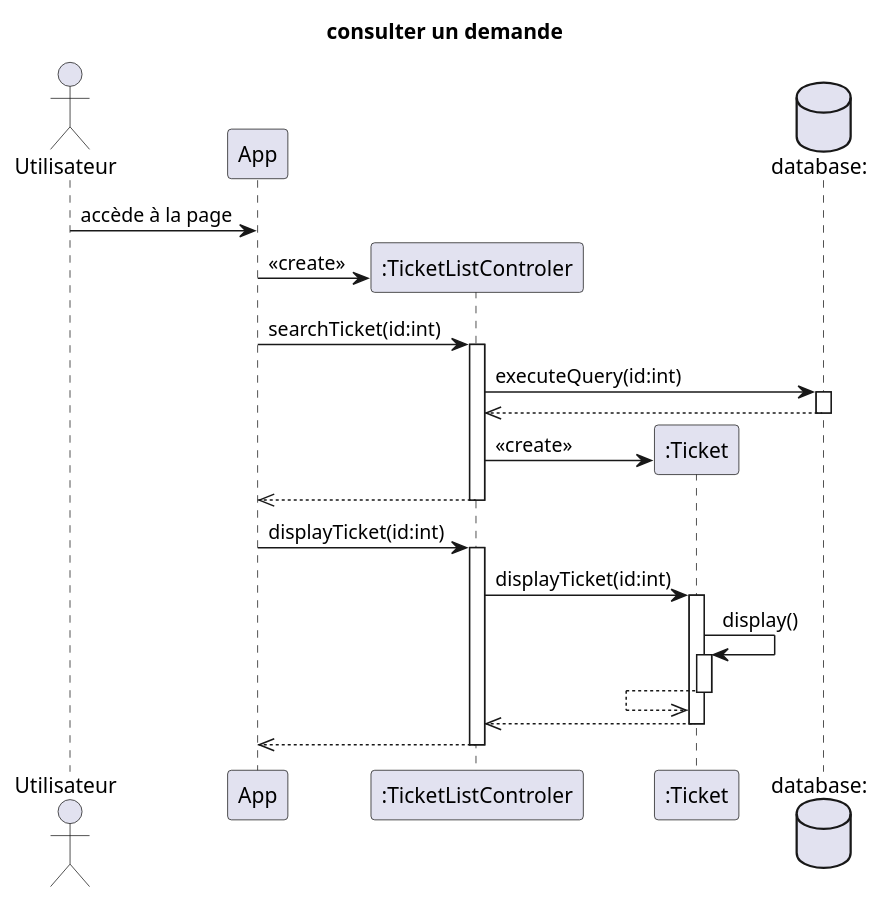
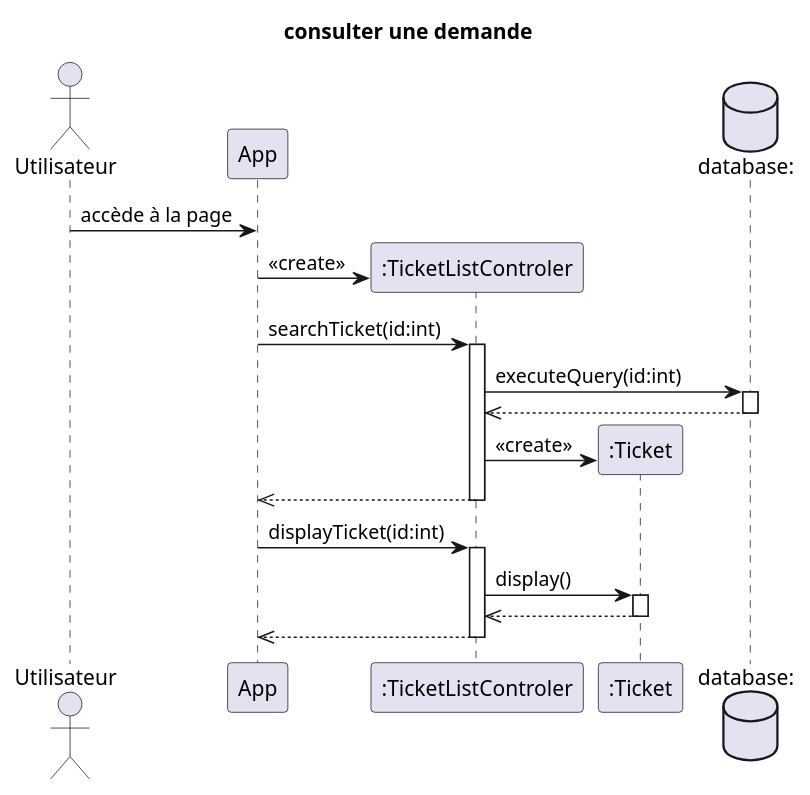
One commit to dorianleveque/CoHub changed the diagram in docs/UML/consulter un ticket.puml. Above: the diagram before and after it, drawn with PlantUML. The commit also changed 1 other file, not shown here.

Commit message:
update diagramme

```diff
--- a/docs/UML/consulter un ticket.puml
+++ b/docs/UML/consulter un ticket.puml
@@ -1,41 +1,37 @@
 @startuml consulter une demande
-title consulter un demande
+title consulter une demande
 
 actor client as "Utilisateur" order 1 
 participant app as "App" order 2 
 database bdd as "database:"  order 5
 
 client -> app :accède à la page
 create tlc as ":TicketListControler" order 3
 app -> tlc : <<create>>
 
 app -> tlc : searchTicket(id:int) 
 activate tlc
 tlc -> bdd : executeQuery(id:int)
 activate bdd
 tlc <<-- bdd
 deactivate bdd
 
 create ticket as ":Ticket" order 4
 tlc -> ticket : <<create>>
 app <<-- tlc
 deactivate tlc
 
 app -> tlc : displayTicket(id:int)
 activate tlc
 
-tlc -> ticket : displayTicket(id:int)
+tlc -> ticket : display()
 activate ticket
-ticket -> ticket: display()
-activate ticket
-ticket <<-- ticket
-deactivate ticket
 
 tlc <<-- ticket: 
 deactivate ticket
 
 app <<-- tlc
 deactivate tlc
 
 
 @enduml
```
